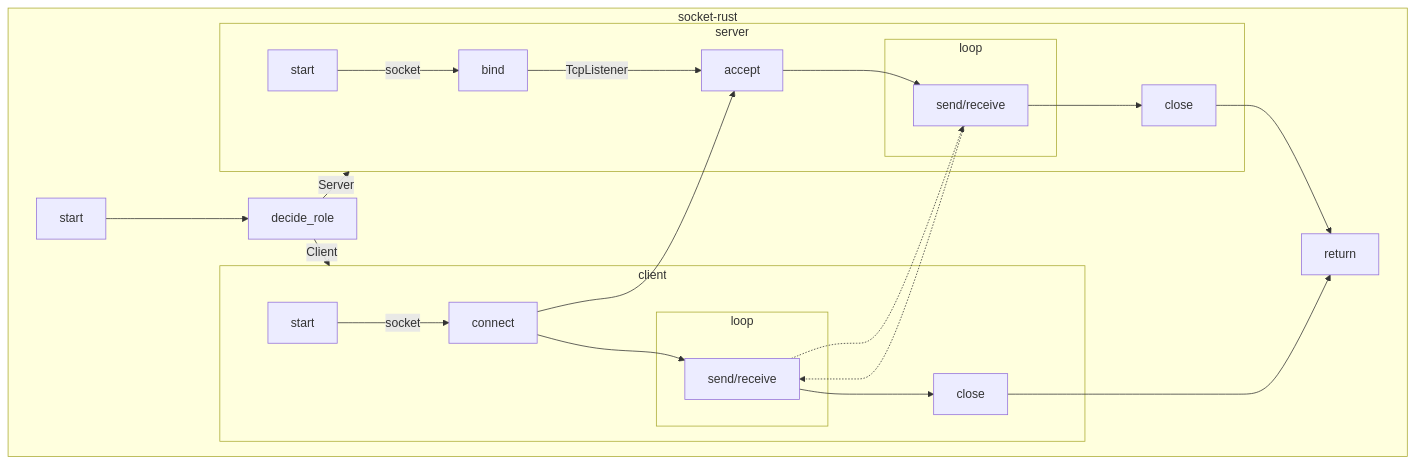
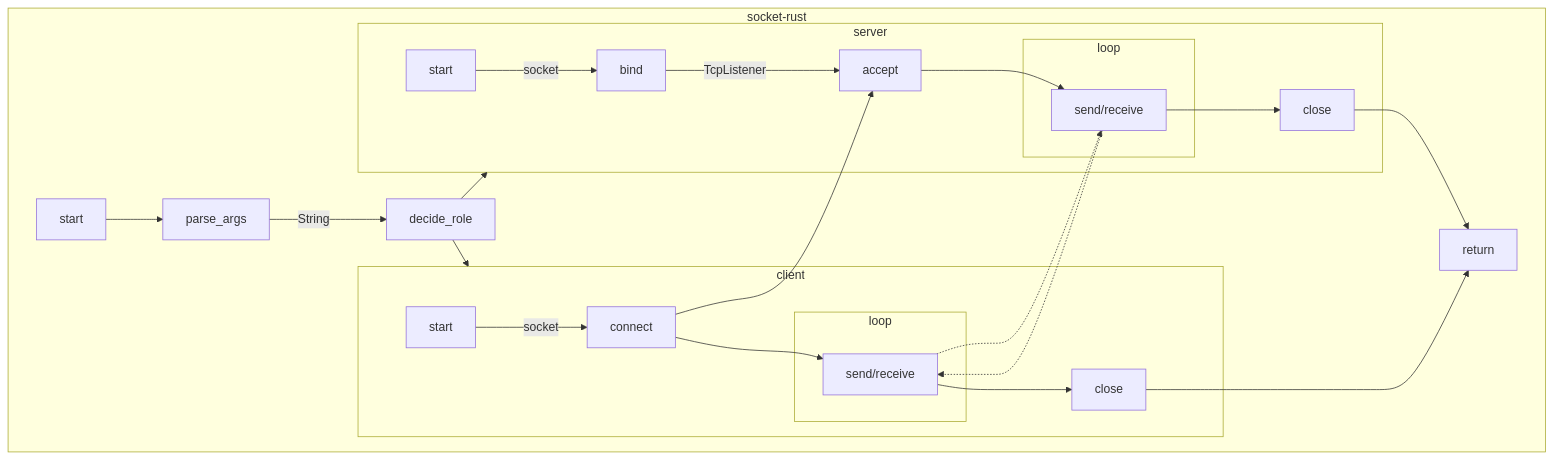
Before and after one commit to minoru-github/socket-rust: the diagram in readme.md, drawn with Mermaid.

Commit message:
docs: add parse_args

````diff
--- a/readme.md
+++ b/readme.md
@@ -17,39 +17,40 @@
 ```mermaid
 flowchart TD;
     subgraph socket-rust
-    start ---> decide_role;
-    decide_role -- Client ---> client;
-    decide_role -- Server ---> server;
+    start --> parse_args;
+    parse_args -->|String| decide_role;
+    decide_role ---> client;
+    decide_role ---> server;
 
     subgraph server
     server_start[start] -->|socket| bind;
     bind -->|TcpListener| accept;
     accept --> server_msg[send/receive];
     subgraph server_loop[loop]
     server_msg
     end
     server_msg --> server_close[close]
     end
 
     subgraph client
     client_start[start] -->|socket| connect;
     connect --> client_msg[send/receive];
     subgraph client_loop[loop]
     client_msg
     end
     client_msg --> client_close[close]
     end
 
 
 
     connect --> accept
     server_msg -.-> client_msg
     client_msg -.-> server_msg
 
     server_close --> return
     client_close --> return;
 
     end
 
 
 ```
````
